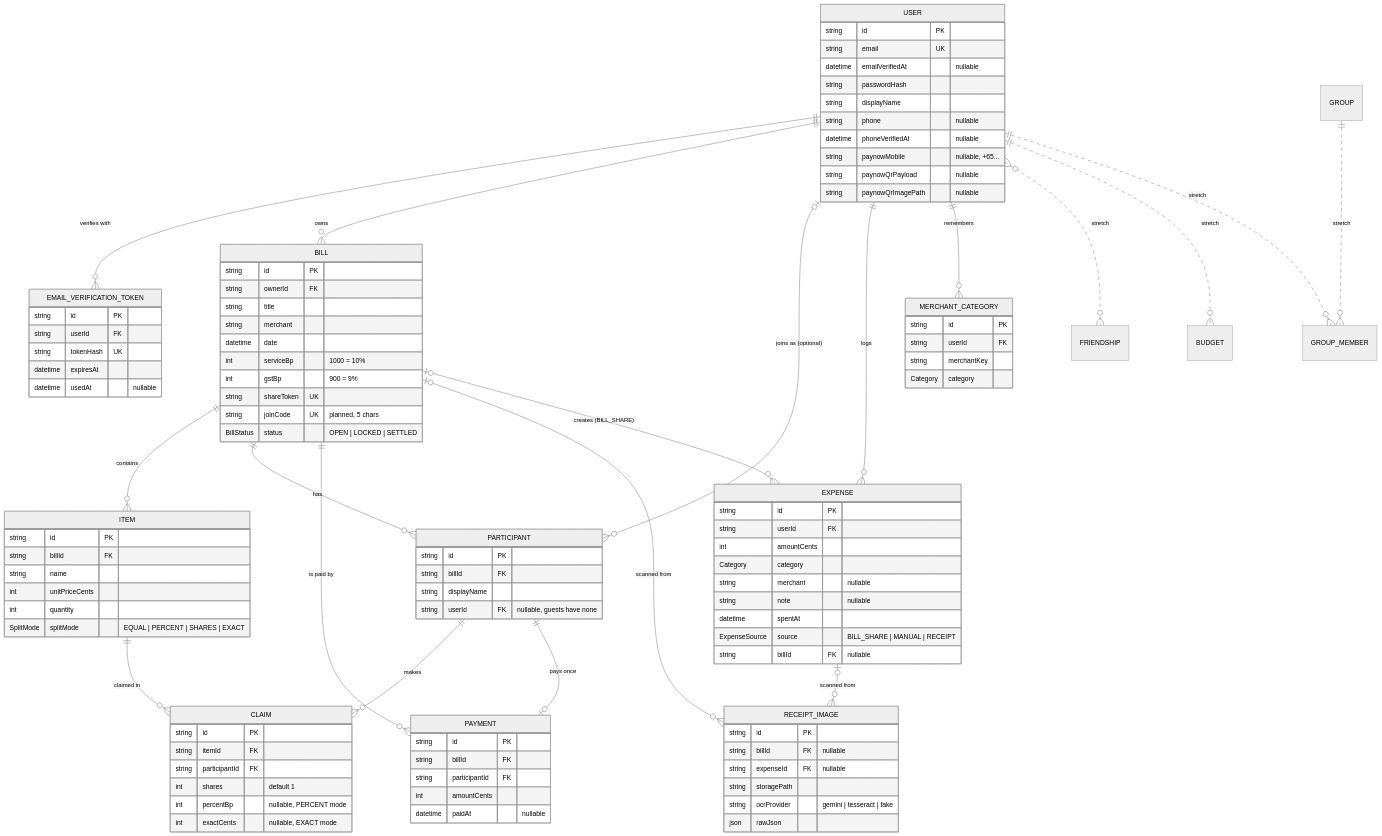
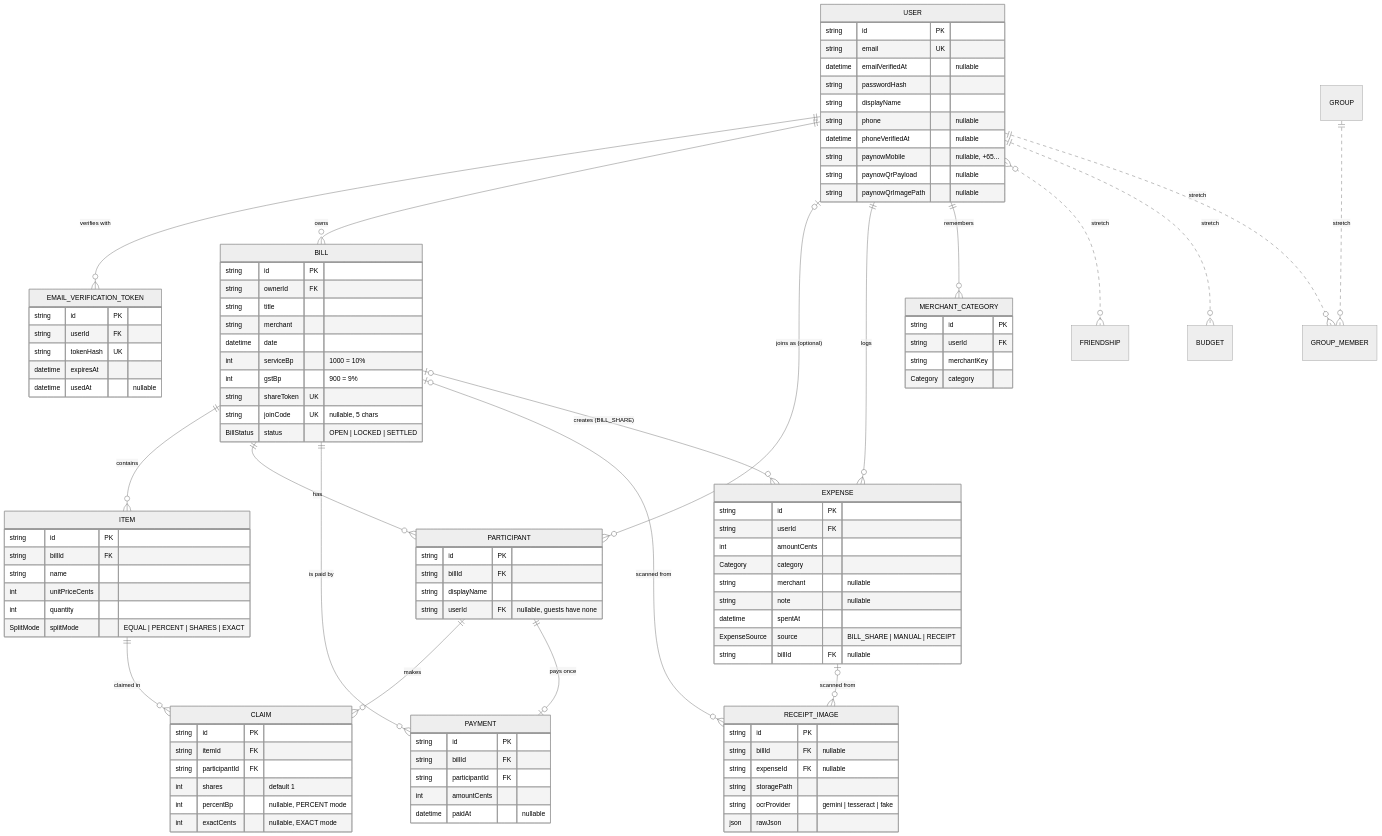
The diagram in docs/data-model.md (cheewei0123/ay2626s2-cicdp-ChongCheeWei), drawn with Mermaid (neutral theme) before and after one commit. The commit also changed other lines of this file and 23 other files, not shown here.

First line of the commit message:
KAN-27 feat(share): add share link, join code and guest join with a guest token (#40)

```diff
--- a/docs/data-model.md
+++ b/docs/data-model.md
@@ -58,7 +58,7 @@
         int serviceBp "1000 = 10%"
         int gstBp "900 = 9%"
         string shareToken UK
-        string joinCode UK "planned, 5 chars"
+        string joinCode UK "nullable, 5 chars"
         BillStatus status "OPEN | LOCKED | SETTLED"
     }
     ITEM {
```
